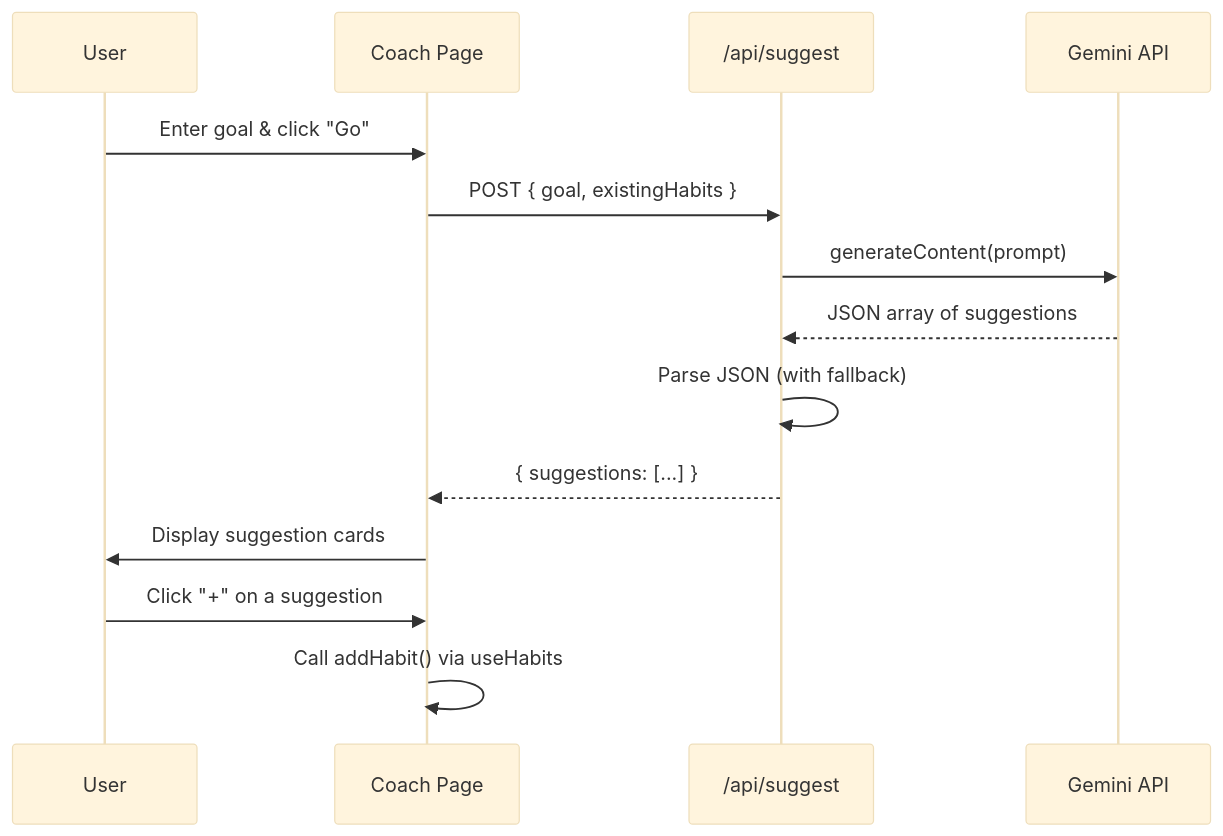
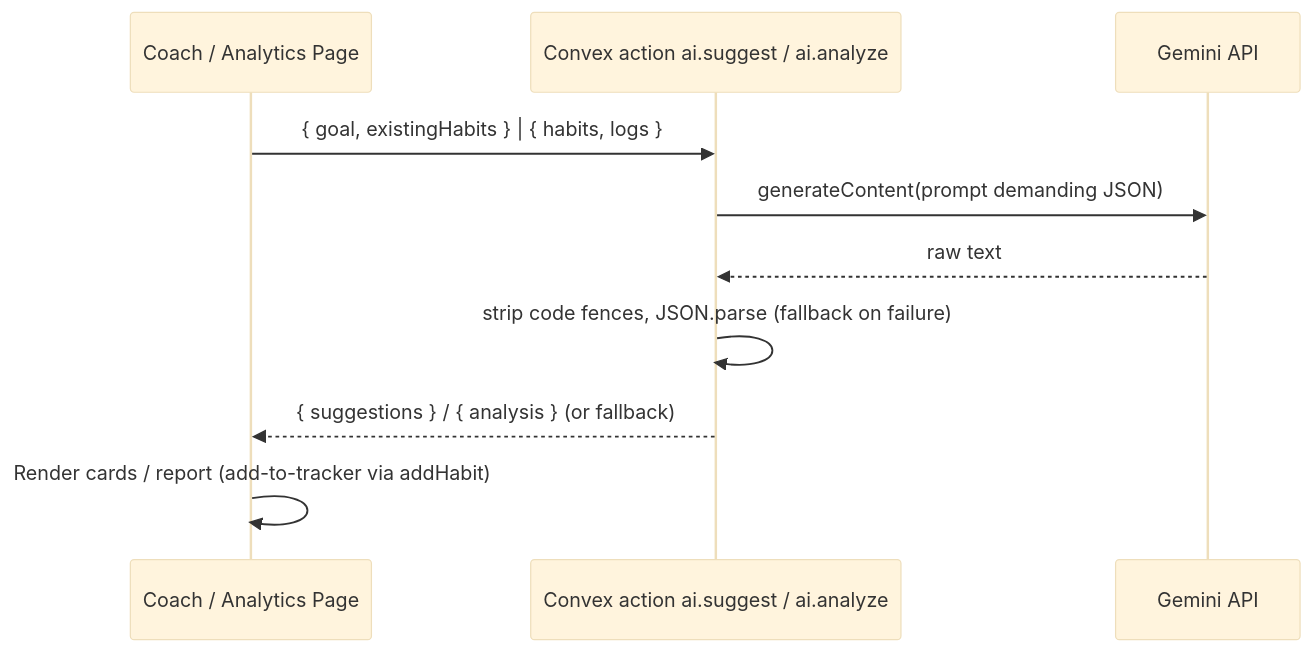
Before and after one commit to Moballig/habitforge: the fourth of 6 diagrams in docs/ARCHITECTURE.md, drawn with Mermaid (base theme). The commit also changed other lines of this file and 20 other files, not shown here.

````diff
--- a/docs/ARCHITECTURE.md
+++ b/docs/ARCHITECTURE.md
@@ -159,17 +167,13 @@
 ```mermaid
 sequenceDiagram
-    participant U as User
-    participant UI as Coach Page
-    participant API as /api/suggest
+    participant UI as Coach / Analytics Page
+    participant A as Convex action ai.suggest / ai.analyze
     participant G as Gemini API
 
-    U->>UI: Enter goal & click "Go"
-    UI->>API: POST { goal, existingHabits }
-    API->>G: generateContent(prompt)
-    G-->>API: JSON array of suggestions
-    API->>API: Parse JSON (with fallback)
-    API-->>UI: { suggestions: [...] }
-    UI->>U: Display suggestion cards
-    U->>UI: Click "+" on a suggestion
-    UI->>UI: Call addHabit() via useHabits
+    UI->>A: { goal, existingHabits } | { habits, logs }
+    A->>G: generateContent(prompt demanding JSON)
+    G-->>A: raw text
+    A->>A: strip code fences, JSON.parse (fallback on failure)
+    A-->>UI: { suggestions } / { analysis } (or fallback)
+    UI->>UI: Render cards / report (add-to-tracker via addHabit)
 ```
````
